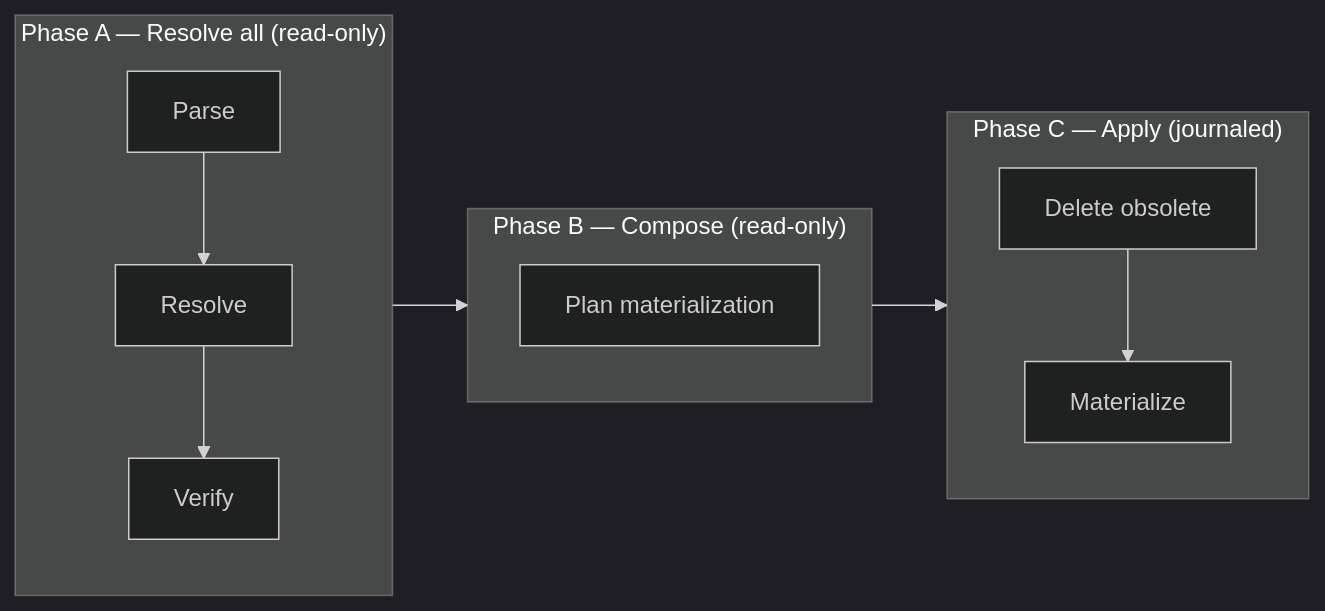
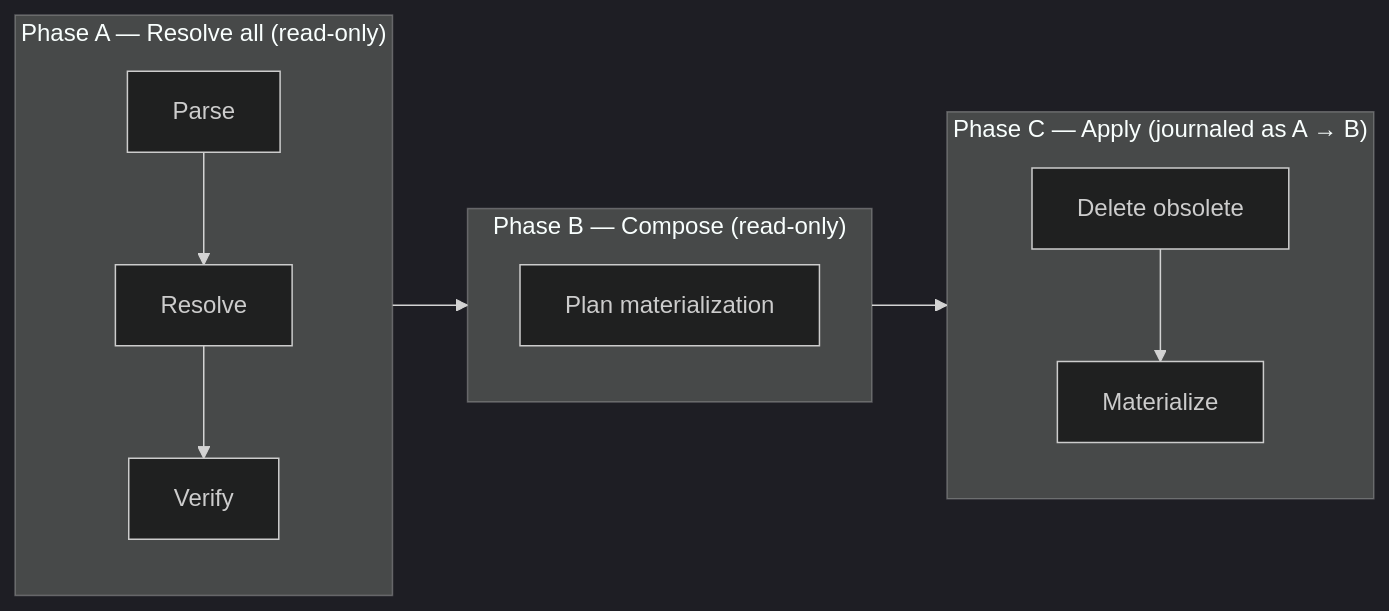
The first of 5 diagrams in docs/specification/commit.mdx (agent-facets/facets), drawn with Mermaid (dark theme) before and after one commit. The commit also changed other lines of this file and 135 other files, not shown here.

````diff
--- a/docs/specification/commit.mdx
+++ b/docs/specification/commit.mdx
@@ -108,13 +108,13 @@
 ```mermaid
 flowchart LR
     subgraph A["Phase A — Resolve all (read-only)"]
         P["Parse"] --> R["Resolve"] --> V["Verify"]
     end
     subgraph B["Phase B — Compose (read-only)"]
         C["Plan materialization"]
     end
-    subgraph C2["Phase C — Apply (journaled)"]
+    subgraph C2["Phase C — Apply (journaled as A → B)"]
         D["Delete obsolete"] --> M["Materialize"]
     end
     A --> B --> C2
 ```
````
